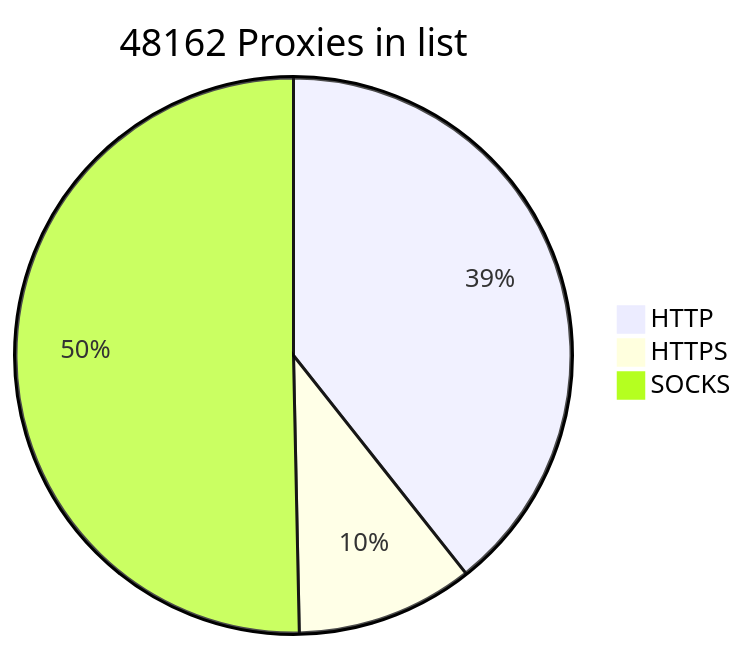
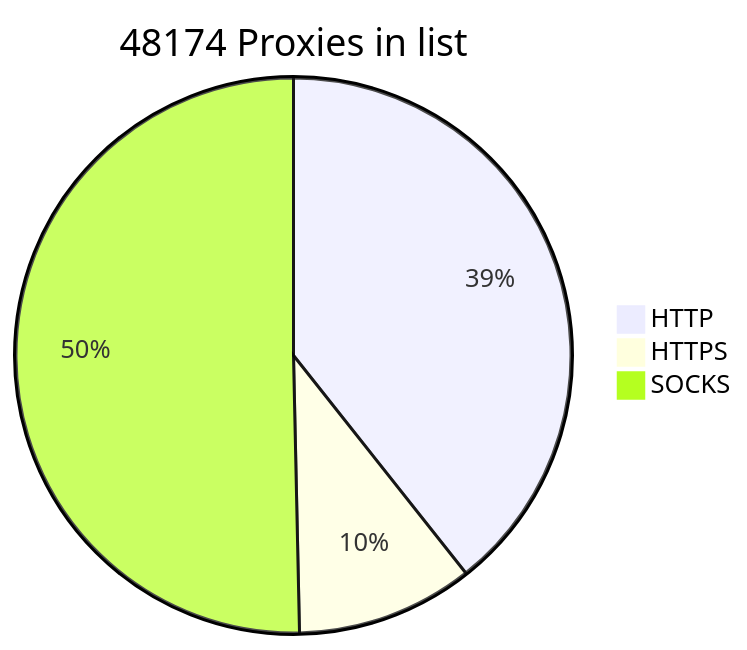
One commit to BlackSnowDot/proxylist-update-every-minute changed the diagram in README.md. Above: the diagram before and after it, drawn with Mermaid.

````diff
--- a/README.md
+++ b/README.md
@@ -2,6 +2,6 @@
 ```mermaid
-pie title 48162 Proxies in list
+pie title 48174 Proxies in list
     "HTTP" : 20842
     "HTTPS": 5466
-    "SOCKS" : 26662
+    "SOCKS" : 26674
 ```
````
